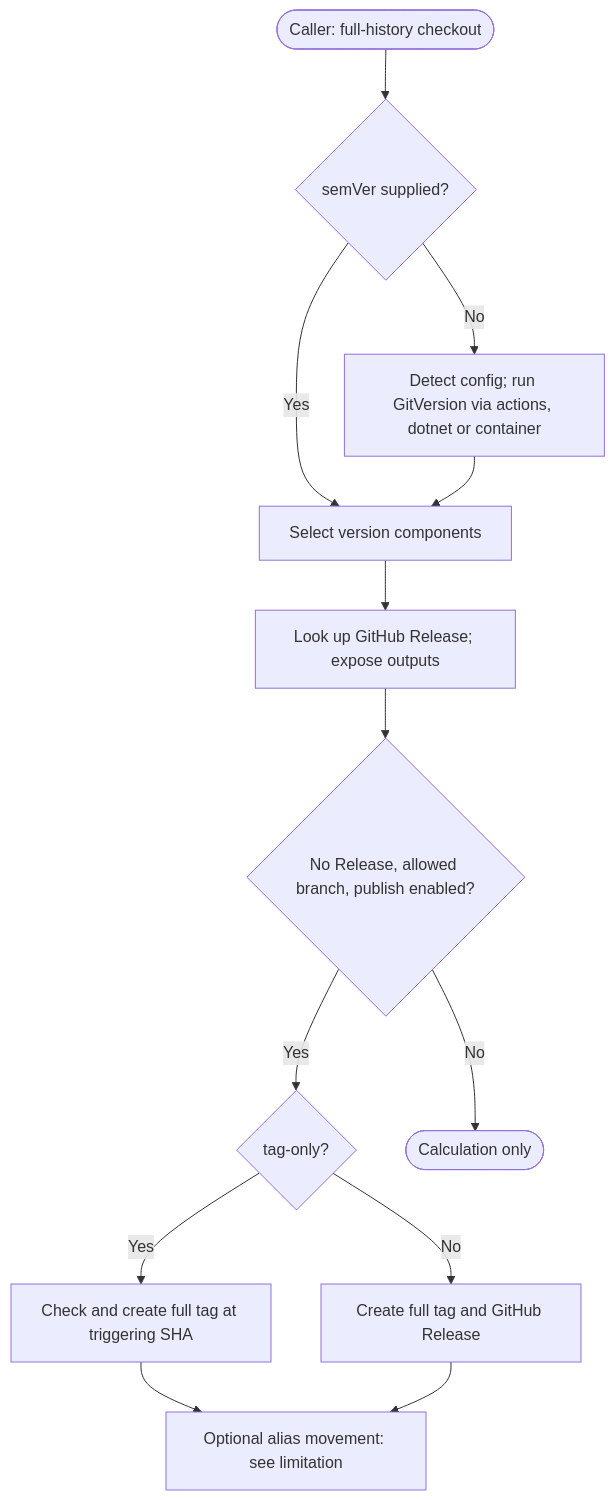
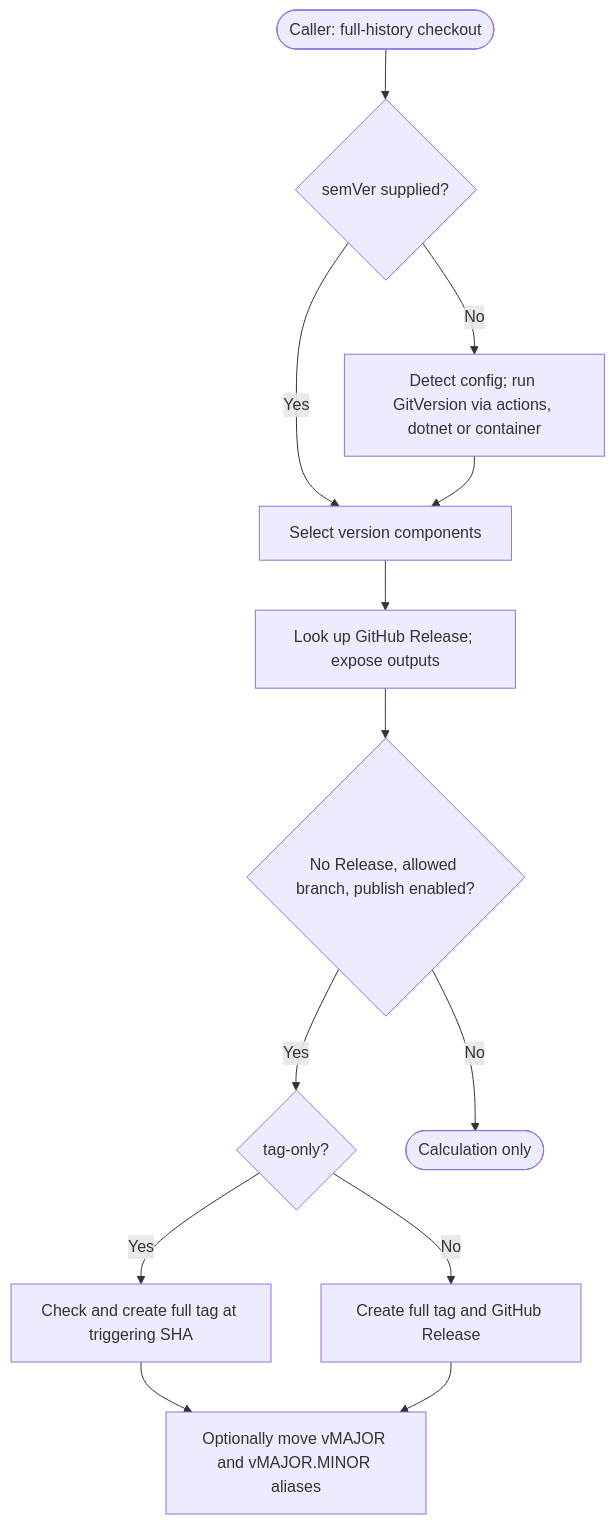
Before and after one commit to f2calv/gha-release-versioning: the diagram in README.md, drawn with Mermaid. The commit also changed other lines of this file and 1 other file, not shown here.

First line of the commit message:
docs(readme): document floating major.minor aliases

````diff
--- a/README.md
+++ b/README.md
@@ -142,15 +142,15 @@
 ```mermaid
 flowchart TD
     A(["Caller: full-history checkout"]) --> B{"semVer supplied?"}
     B -->|No| C["Detect config; run GitVersion via actions, dotnet or container"]
     B -->|Yes| D["Select version components"]
     C --> D
     D --> E["Look up GitHub Release; expose outputs"]
     E --> F{"No Release, allowed branch, publish enabled?"}
     F -->|Yes| G{"tag-only?"}
     G -->|Yes| H["Check and create full tag at triggering SHA"]
     G -->|No| I["Create full tag and GitHub Release"]
-    H --> J["Optional alias movement: see limitation"]
+    H --> J["Optionally move vMAJOR and vMAJOR.MINOR aliases"]
     I --> J
     F -->|No| K(["Calculation only"])
 ```
````
